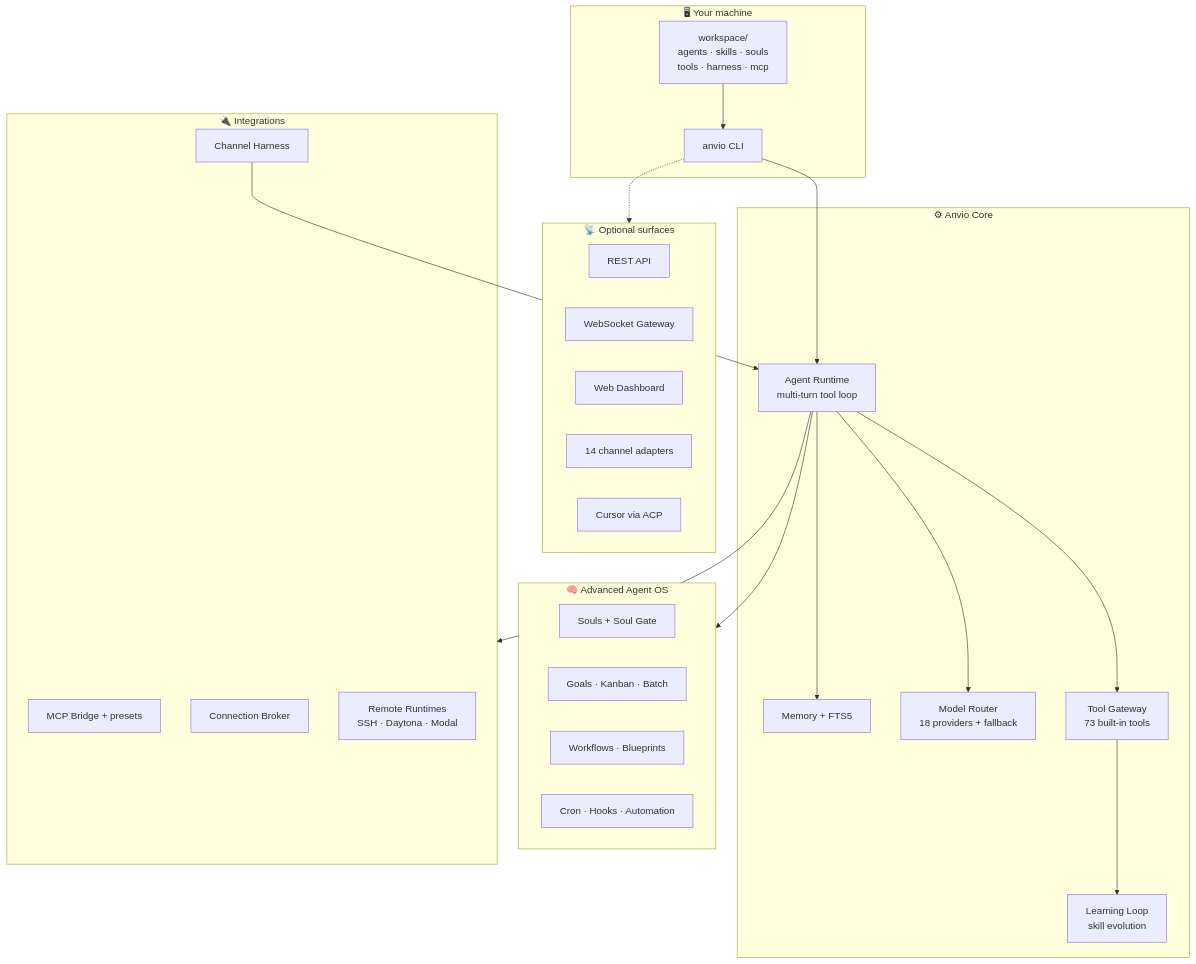
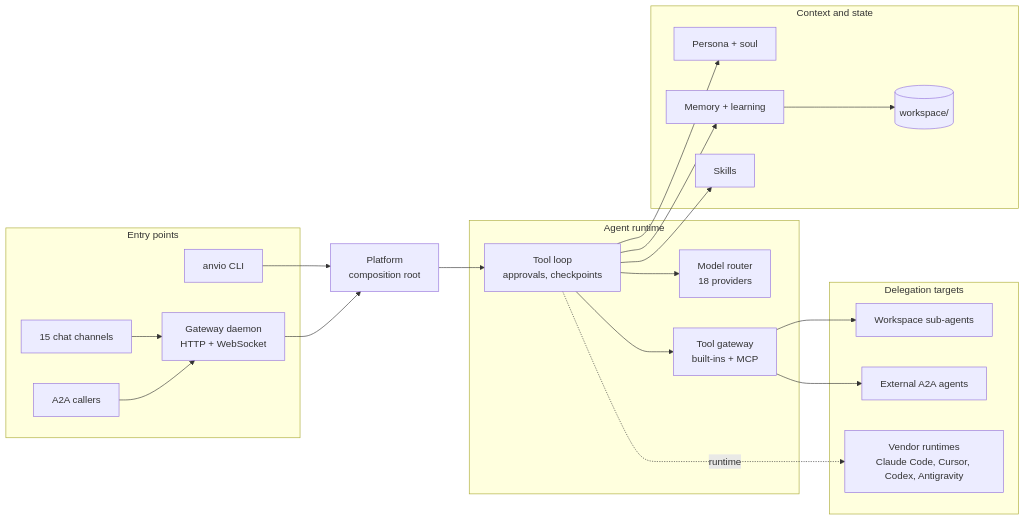
The diagram in README.md (viantonugroho11/Anvio), drawn with Mermaid before and after one commit. The commit also changed other lines of this file and 87 other files, not shown here.

````diff
--- a/README.md
+++ b/README.md
@@ -175,45 +133,40 @@
 ```mermaid
-flowchart TB
-    subgraph You["🖥 Your machine"]
-        WS["workspace/<br/>agents · skills · souls<br/>tools · harness · mcp"]
-        CLI["anvio CLI"]
-    end
-
-    subgraph Core["⚙ Anvio Core"]
-        RT["Agent Runtime<br/>multi-turn tool loop"]
-        TG["Tool Gateway<br/>73 built-in tools"]
-        RTG["Model Router<br/>18 providers + fallback"]
-        MEM["Memory + FTS5"]
-        LR["Learning Loop<br/>skill evolution"]
-    end
-
-    subgraph AgentOS["🧠 Advanced Agent OS"]
-        SOUL["Souls + Soul Gate"]
-        GOAL["Goals · Kanban · Batch"]
-        WF["Workflows · Blueprints"]
-        AUTO["Cron · Hooks · Automation"]
-    end
-
-    subgraph Connect["🔌 Integrations"]
-        MCP["MCP Bridge + presets"]
-        HAR["Channel Harness"]
-        CONN["Connection Broker"]
-        RUN["Remote Runtimes<br/>SSH · Daytona · Modal"]
-    end
-
-    subgraph Surfaces["📡 Optional surfaces"]
-        API["REST API"]
-        GW["WebSocket Gateway"]
-        WEB["Web Dashboard"]
-        BOT["14 channel adapters"]
-        ACP["Cursor via ACP"]
-    end
-
-    WS --> CLI
-    CLI --> RT
-    RT --> TG & RTG & MEM
-    TG --> LR
-    RT --> AgentOS & Connect
-    CLI -.-> Surfaces
-    HAR --> RT
+flowchart LR
+  subgraph In[Entry points]
+    CLI[anvio CLI]
+    GW[Gateway daemon<br/>HTTP + WebSocket]
+    CH[15 chat channels]
+    A2AIN[A2A callers]
+  end
+  PLAT[Platform<br/>composition root]
+  subgraph Core[Agent runtime]
+    LOOP[Tool loop<br/>approvals, checkpoints]
+    MODELS[Model router<br/>18 providers]
+    TOOLS[Tool gateway<br/>built-ins + MCP]
+  end
+  subgraph Out[Delegation targets]
+    SUB[Workspace sub-agents]
+    REMOTE[External A2A agents]
+    VENDOR[Vendor runtimes<br/>Claude Code, Cursor, Codex, Antigravity]
+  end
+  subgraph Ctx[Context and state]
+    ID[Persona + soul]
+    MEM[Memory + learning]
+    SK[Skills]
+    WS[(workspace/)]
+  end
+  CLI --> PLAT
+  GW --> PLAT
+  CH --> GW
+  A2AIN --> GW
+  PLAT --> LOOP
+  LOOP --> MODELS
+  LOOP --> TOOLS
+  TOOLS --> SUB
+  TOOLS --> REMOTE
+  LOOP -. runtime .-> VENDOR
+  LOOP --> ID
+  LOOP --> MEM
+  LOOP --> SK
+  MEM --> WS
 ```
````
